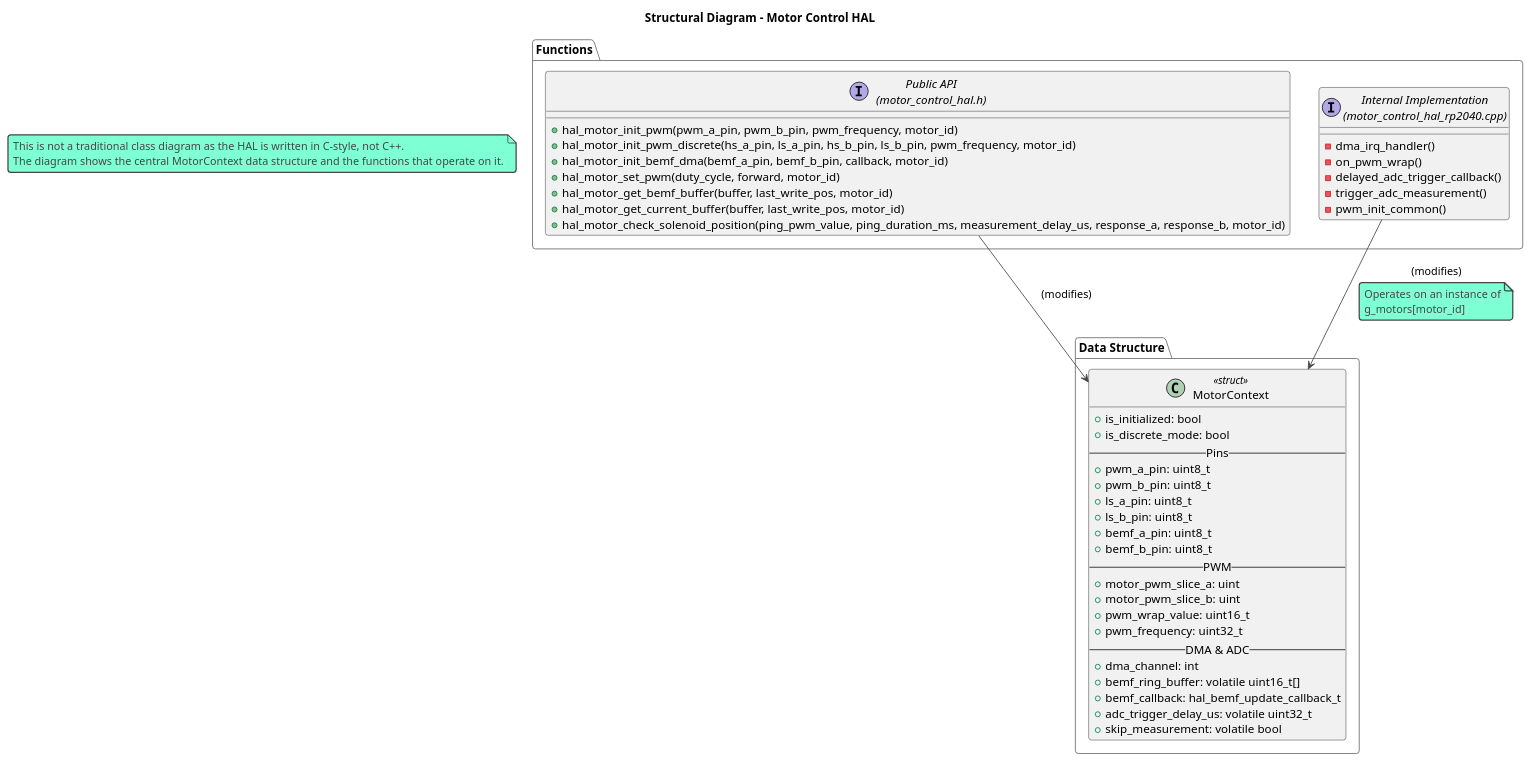
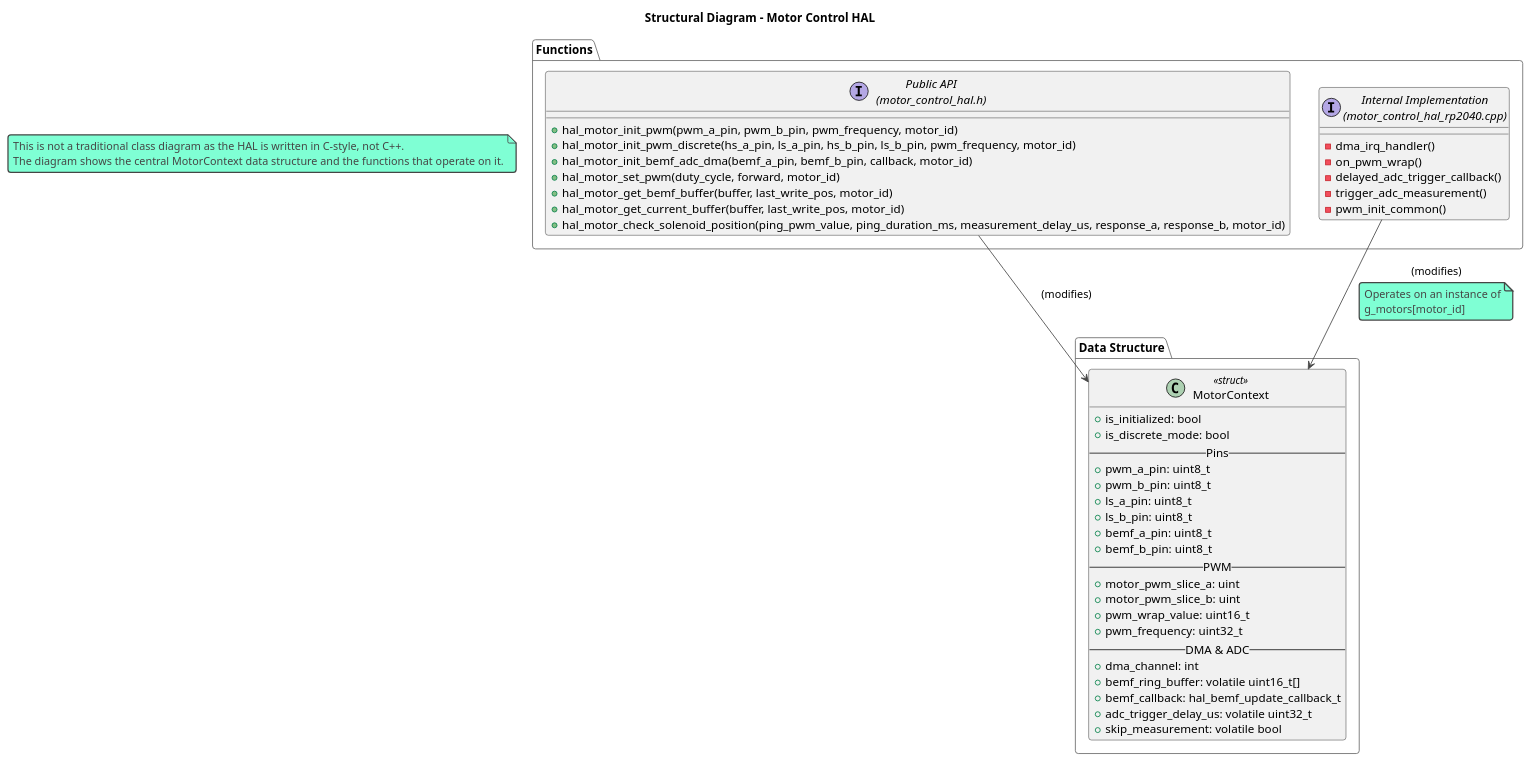
The diagram in arch/class_diagram.puml (chatelao/xDuinoRails_MotorControl_bEMF), drawn with PlantUML before and after one commit. The commit also changed 6 other files, not shown here.

First line of the commit message:
Refactor: Rename BEMF init function for clarity

```diff
--- a/arch/class_diagram.puml
+++ b/arch/class_diagram.puml
@@ -1,65 +1,65 @@
 @startuml class_diagram
 
 !theme vibrant
 
 title Structural Diagram - Motor Control HAL
 
 note as N1
   This is not a traditional class diagram as the HAL is written in C-style, not C++.
   The diagram shows the central MotorContext data structure and the functions that operate on it.
 end note
 
 package "Data Structure" {
   class MotorContext <<struct>> {
     + is_initialized: bool
     + is_discrete_mode: bool
     -- Pins --
     + pwm_a_pin: uint8_t
     + pwm_b_pin: uint8_t
     + ls_a_pin: uint8_t
     + ls_b_pin: uint8_t
     + bemf_a_pin: uint8_t
     + bemf_b_pin: uint8_t
     -- PWM --
     + motor_pwm_slice_a: uint
     + motor_pwm_slice_b: uint
     + pwm_wrap_value: uint16_t
     + pwm_frequency: uint32_t
     -- DMA & ADC --
     + dma_channel: int
     + bemf_ring_buffer: volatile uint16_t[]
     + bemf_callback: hal_bemf_update_callback_t
     + adc_trigger_delay_us: volatile uint32_t
     + skip_measurement: volatile bool
   }
 }
 
 package "Functions" {
   interface "Public API\n(motor_control_hal.h)" as PublicAPI {
     + hal_motor_init_pwm(pwm_a_pin, pwm_b_pin, pwm_frequency, motor_id)
     + hal_motor_init_pwm_discrete(hs_a_pin, ls_a_pin, hs_b_pin, ls_b_pin, pwm_frequency, motor_id)
-    + hal_motor_init_bemf_dma(bemf_a_pin, bemf_b_pin, callback, motor_id)
+    + hal_motor_init_bemf_adc_dma(bemf_a_pin, bemf_b_pin, callback, motor_id)
     + hal_motor_set_pwm(duty_cycle, forward, motor_id)
     + hal_motor_get_bemf_buffer(buffer, last_write_pos, motor_id)
     + hal_motor_get_current_buffer(buffer, last_write_pos, motor_id)
     + hal_motor_check_solenoid_position(ping_pwm_value, ping_duration_ms, measurement_delay_us, response_a, response_b, motor_id)
   }
 
   interface "Internal Implementation\n(motor_control_hal_rp2040.cpp)" as InternalImpl {
     - dma_irq_handler()
     - on_pwm_wrap()
     - delayed_adc_trigger_callback()
     - trigger_adc_measurement()
     - pwm_init_common()
   }
 }
 
 PublicAPI --> MotorContext : (modifies)
 InternalImpl --> MotorContext : (modifies)
 
 note on link
   Operates on an instance of
   g_motors[motor_id]
 end note
 
 @enduml
```
